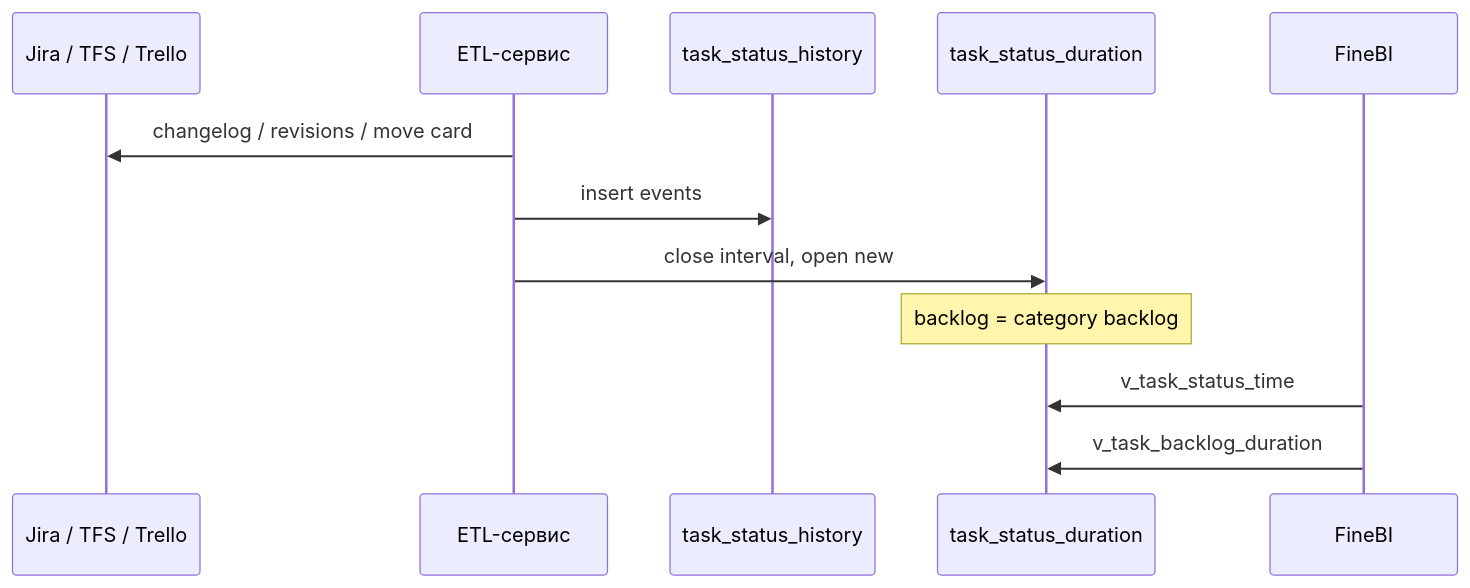
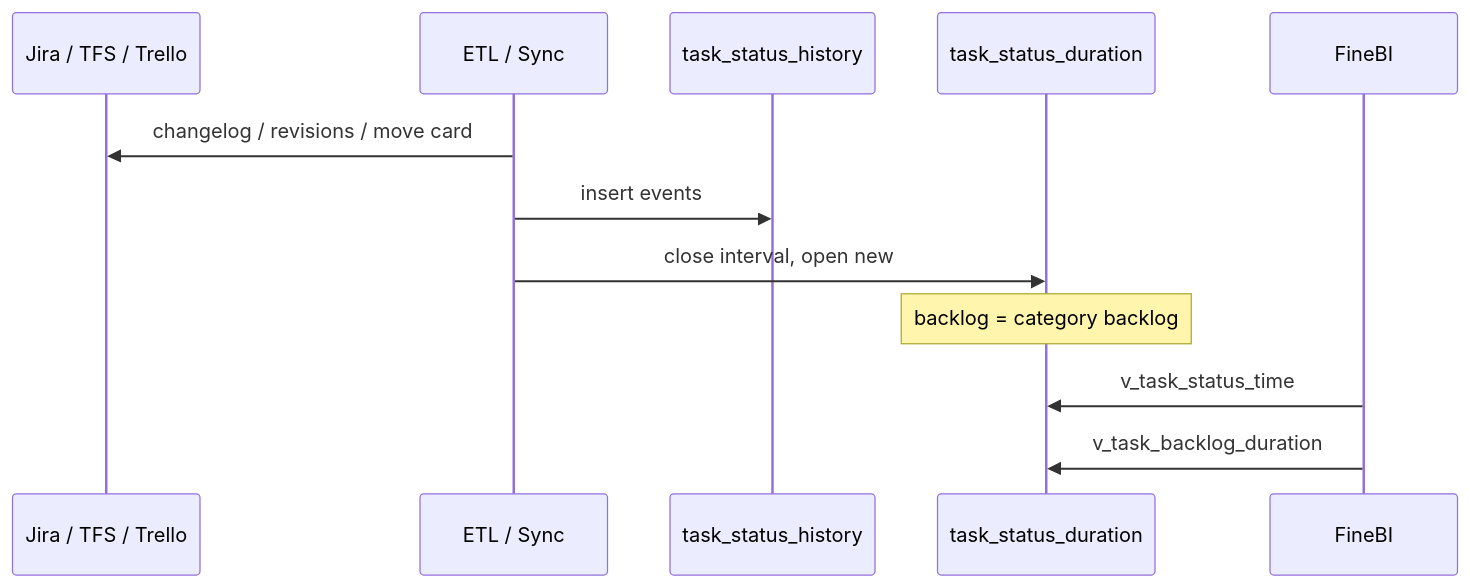
Before and after one commit to volchonok16/reporting: the seventh of 7 diagrams in docs/diagrams.md, drawn with Mermaid. The commit also changed other lines of this file and 15 other files, not shown here.

````diff
--- a/docs/diagrams.md
+++ b/docs/diagrams.md
@@ -195,15 +297,15 @@
 ```mermaid
 sequenceDiagram
     participant API as Jira / TFS / Trello
-    participant ETL as ETL-сервис
+    participant ETL as ETL / Sync
     participant H as task_status_history
     participant D as task_status_duration
     participant BI as FineBI
 
     ETL->>API: changelog / revisions / move card
     ETL->>H: insert events
     ETL->>D: close interval, open new
     Note over D: backlog = category backlog
     BI->>D: v_task_status_time
     BI->>D: v_task_backlog_duration
 ```
````
